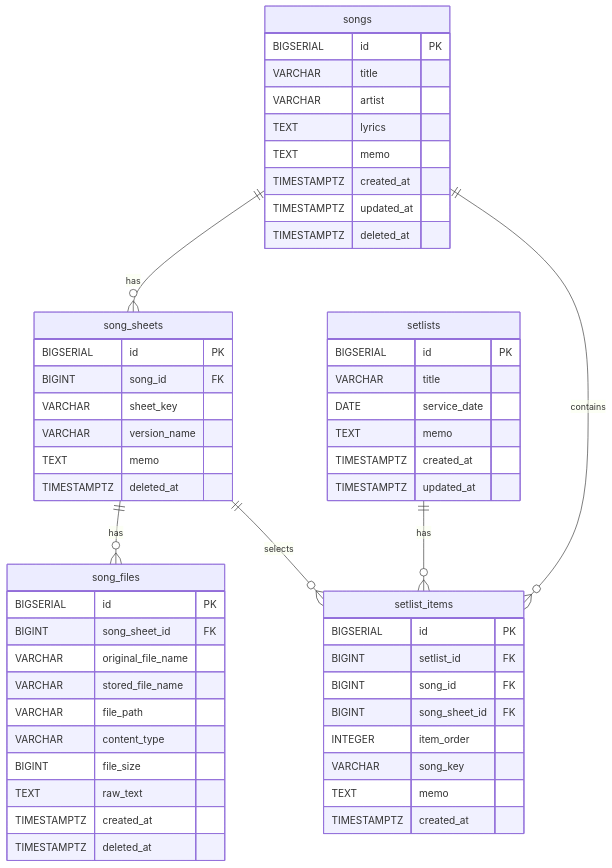
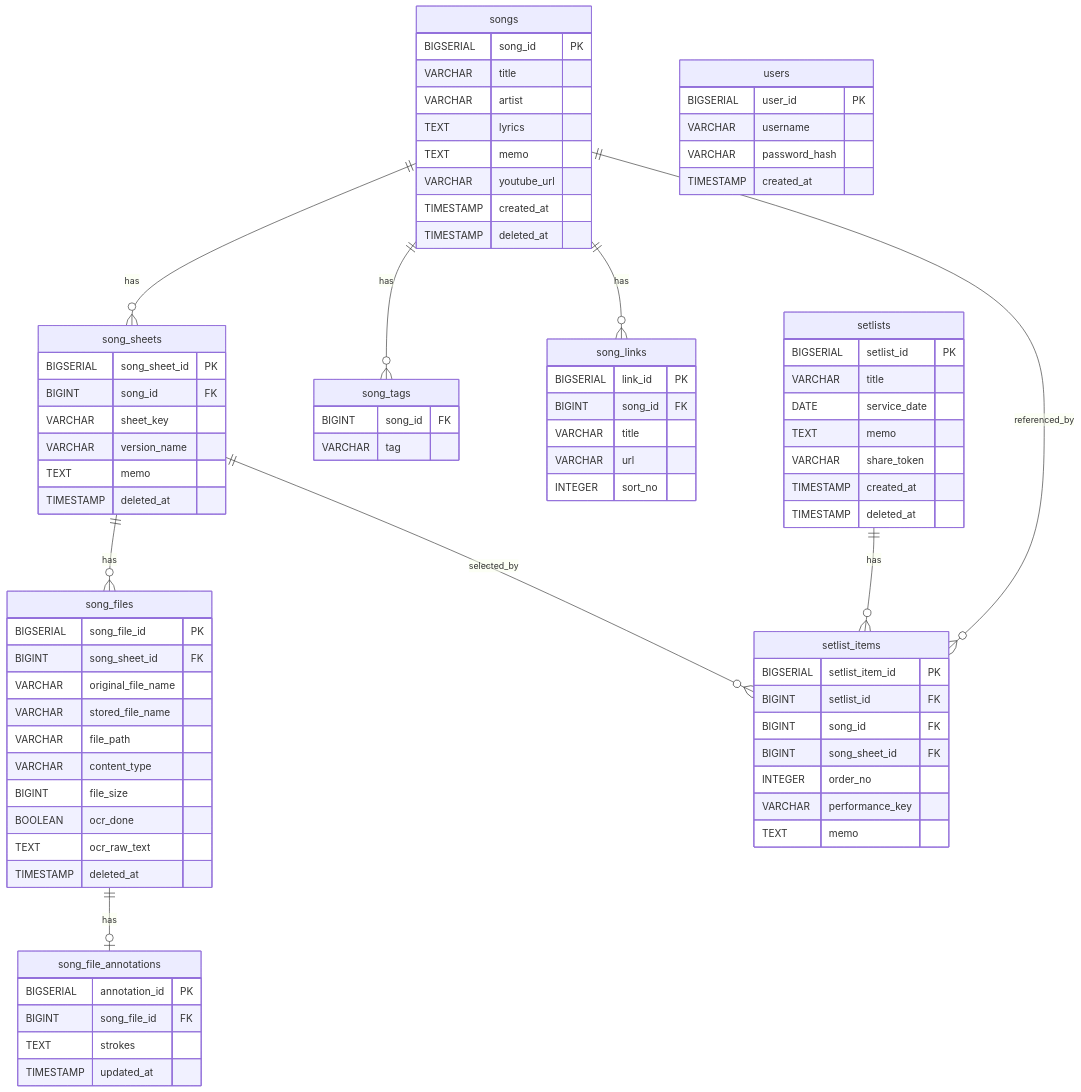
Before and after one commit to jeybell/sheet-music: the diagram in README.md, drawn with Mermaid. The commit also changed other lines of this file, not shown here.

````diff
--- a/README.md
+++ b/README.md
@@ -81,61 +147,83 @@
 ```mermaid
 erDiagram
     songs ||--o{ song_sheets : has
+    songs ||--o{ song_tags : has
+    songs ||--o{ song_links : has
     song_sheets ||--o{ song_files : has
+    song_files ||--o| song_file_annotations : has
     setlists ||--o{ setlist_items : has
-    songs ||--o{ setlist_items : contains
-    song_sheets ||--o{ setlist_items : selects
+    songs ||--o{ setlist_items : referenced_by
+    song_sheets ||--o{ setlist_items : selected_by
 
     songs {
-        BIGSERIAL id PK
+        BIGSERIAL song_id PK
         VARCHAR title
         VARCHAR artist
         TEXT lyrics
         TEXT memo
-        TIMESTAMPTZ created_at
-        TIMESTAMPTZ updated_at
-        TIMESTAMPTZ deleted_at
+        VARCHAR youtube_url
+        TIMESTAMP created_at
+        TIMESTAMP deleted_at
     }
-
     song_sheets {
-        BIGSERIAL id PK
+        BIGSERIAL song_sheet_id PK
         BIGINT song_id FK
         VARCHAR sheet_key
         VARCHAR version_name
         TEXT memo
-        TIMESTAMPTZ deleted_at
+        TIMESTAMP deleted_at
     }
-
     song_files {
-        BIGSERIAL id PK
+        BIGSERIAL song_file_id PK
         BIGINT song_sheet_id FK
         VARCHAR original_file_name
         VARCHAR stored_file_name
         VARCHAR file_path
         VARCHAR content_type
         BIGINT file_size
-        TEXT raw_text
-        TIMESTAMPTZ created_at
-        TIMESTAMPTZ deleted_at
+        BOOLEAN ocr_done
+        TEXT ocr_raw_text
+        TIMESTAMP deleted_at
     }
-
+    song_file_annotations {
+        BIGSERIAL annotation_id PK
+        BIGINT song_file_id FK
+        TEXT strokes
+        TIMESTAMP updated_at
+    }
+    song_tags {
+        BIGINT song_id FK
+        VARCHAR tag
+    }
+    song_links {
+        BIGSERIAL link_id PK
+        BIGINT song_id FK
+        VARCHAR title
+        VARCHAR url
+        INTEGER sort_no
+    }
     setlists {
-        BIGSERIAL id PK
+        BIGSERIAL setlist_id PK
         VARCHAR title
         DATE service_date
         TEXT memo
-        TIMESTAMPTZ created_at
-        TIMESTAMPTZ updated_at
+        VARCHAR share_token
+        TIMESTAMP created_at
+        TIMESTAMP deleted_at
     }
-
     setlist_items {
-        BIGSERIAL id PK
+        BIGSERIAL setlist_item_id PK
         BIGINT setlist_id FK
         BIGINT song_id FK
         BIGINT song_sheet_id FK
-        INTEGER item_order
-        VARCHAR song_key
+        INTEGER order_no
+        VARCHAR performance_key
         TEXT memo
-        TIMESTAMPTZ created_at
+    }
+    users {
+        BIGSERIAL user_id PK
+        VARCHAR username
+        VARCHAR password_hash
+        TIMESTAMP created_at
     }
 ```
````
